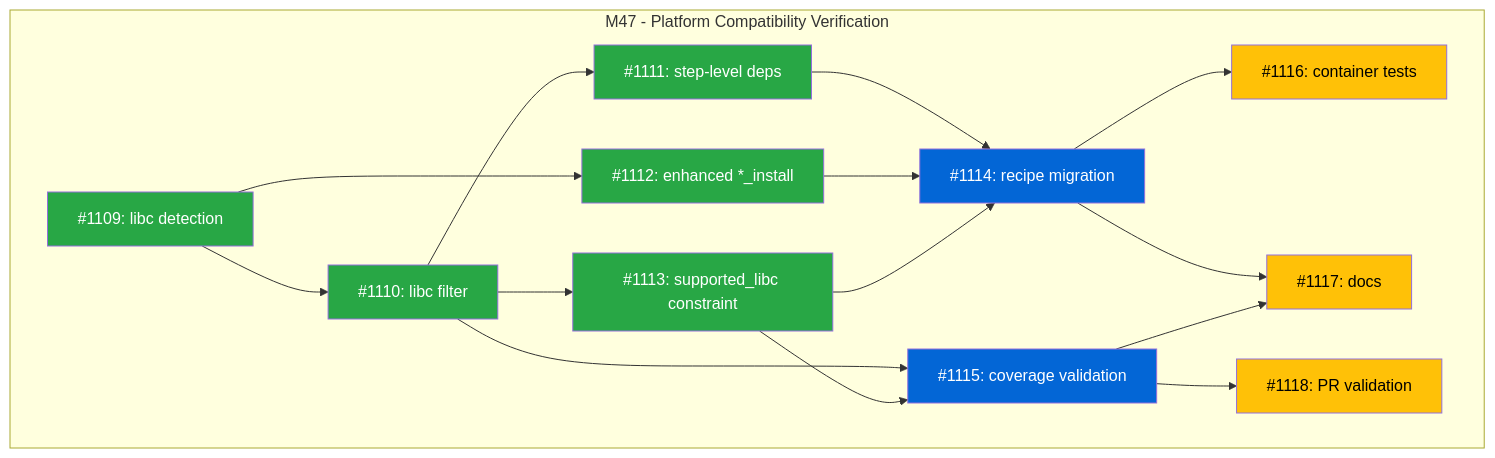
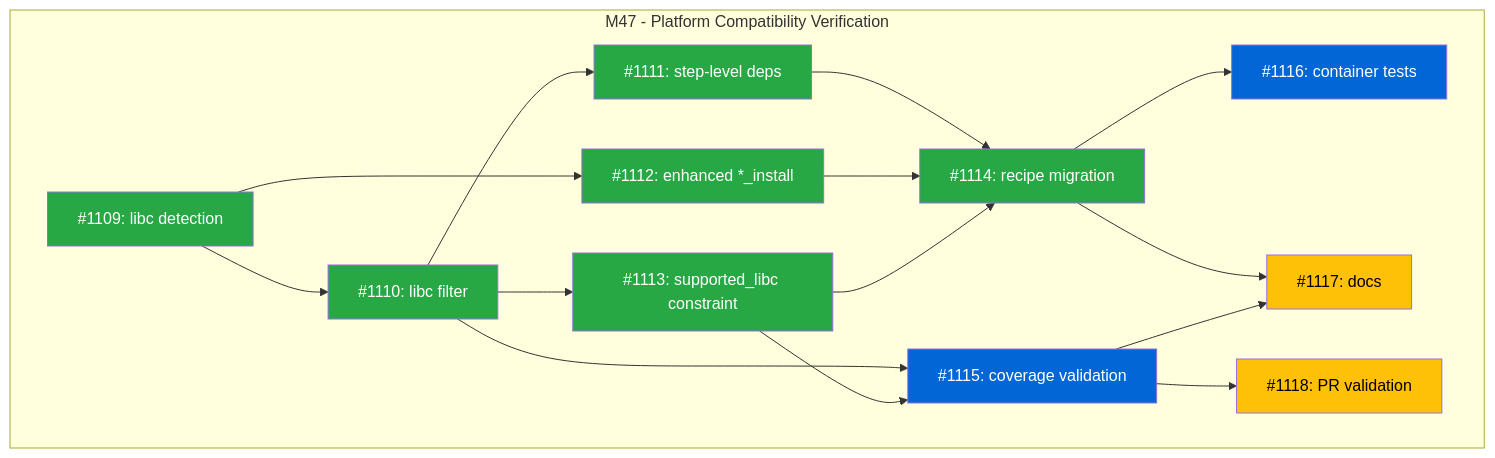
The diagram in docs/designs/DESIGN-platform-compatibility-verification.md (tsukumogami/tsuku), drawn with Mermaid before and after one commit. The commit also changed 8 other files, not shown here.

````diff
--- a/docs/designs/DESIGN-platform-compatibility-verification.md
+++ b/docs/designs/DESIGN-platform-compatibility-verification.md
@@ -29,34 +29,34 @@
 ```mermaid
 graph TD
     subgraph "M47 - Platform Compatibility Verification"
         I1109["#1109: libc detection"]:::done
         I1110["#1110: libc filter"]:::done
         I1111["#1111: step-level deps"]:::done
         I1112["#1112: enhanced *_install"]:::done
         I1113["#1113: supported_libc constraint"]:::done
-        I1114["#1114: recipe migration"]:::ready
+        I1114["#1114: recipe migration"]:::done
         I1115["#1115: coverage validation"]:::ready
-        I1116["#1116: container tests"]:::blocked
+        I1116["#1116: container tests"]:::ready
         I1117["#1117: docs"]:::blocked
         I1118["#1118: PR validation"]:::blocked
 
         I1109 --> I1110
         I1109 --> I1112
         I1110 --> I1111
         I1110 --> I1113
         I1110 --> I1115
         I1111 --> I1114
         I1112 --> I1114
         I1113 --> I1114
         I1113 --> I1115
         I1114 --> I1116
         I1114 --> I1117
         I1115 --> I1117
         I1115 --> I1118
     end
 
     classDef done fill:#28a745,color:#fff
     classDef ready fill:#0366d6,color:#fff
     classDef blocked fill:#ffc107,color:#000
     classDef needsDesign fill:#6f42c1,color:#fff
 ```
````
